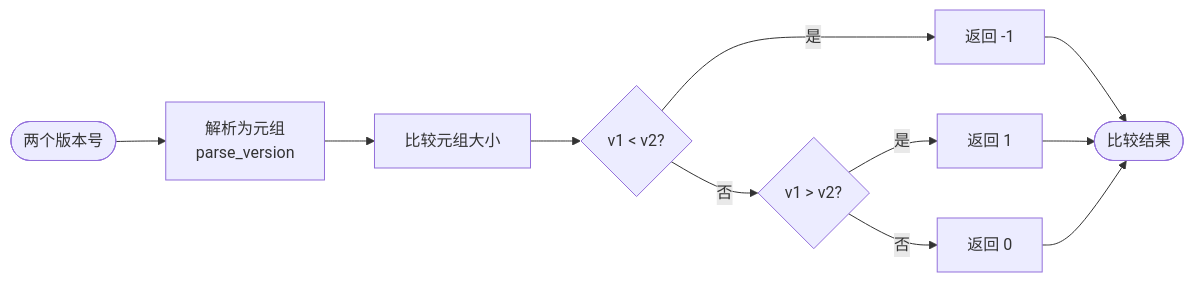
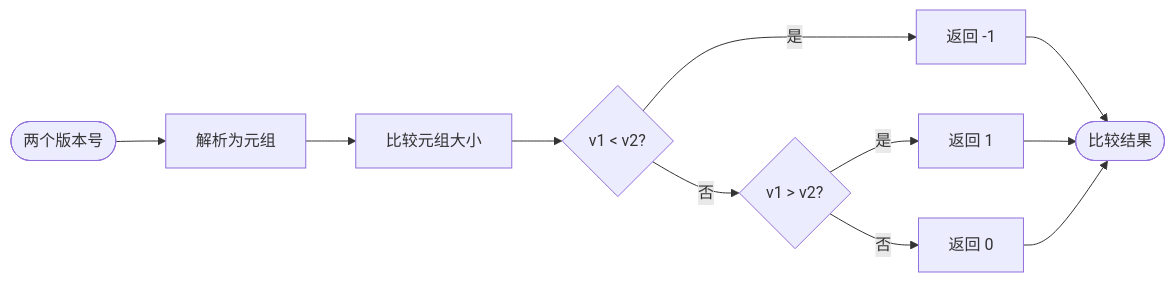
Before and after one commit to weihang1258/dpiAutoExcel: diagram 41 of 43 in 逻辑流程文档.md, drawn with Mermaid. The commit also changed other lines of this file and 1 other file, not shown here.

First line of the commit message:
docs: 优化流程图显示效果，统一字体大小

````diff
--- a/逻辑流程文档.md
+++ b/逻辑流程文档.md
@@ -1180,16 +1178,16 @@
 ```mermaid
 graph LR
-    Start([两个版本号]) --> A[解析为元组<br/>parse_version]
+    Start([两个版本号]) --> A[解析为元组]
     A --> B[比较元组大小]
     
     B --> C{v1 < v2?}
     C -->|是| D[返回 -1]
     C -->|否| E{v1 > v2?}
     
     E -->|是| F[返回 1]
     E -->|否| G[返回 0]
     
     D --> End([比较结果])
     F --> End
     G --> End
 ```
````
